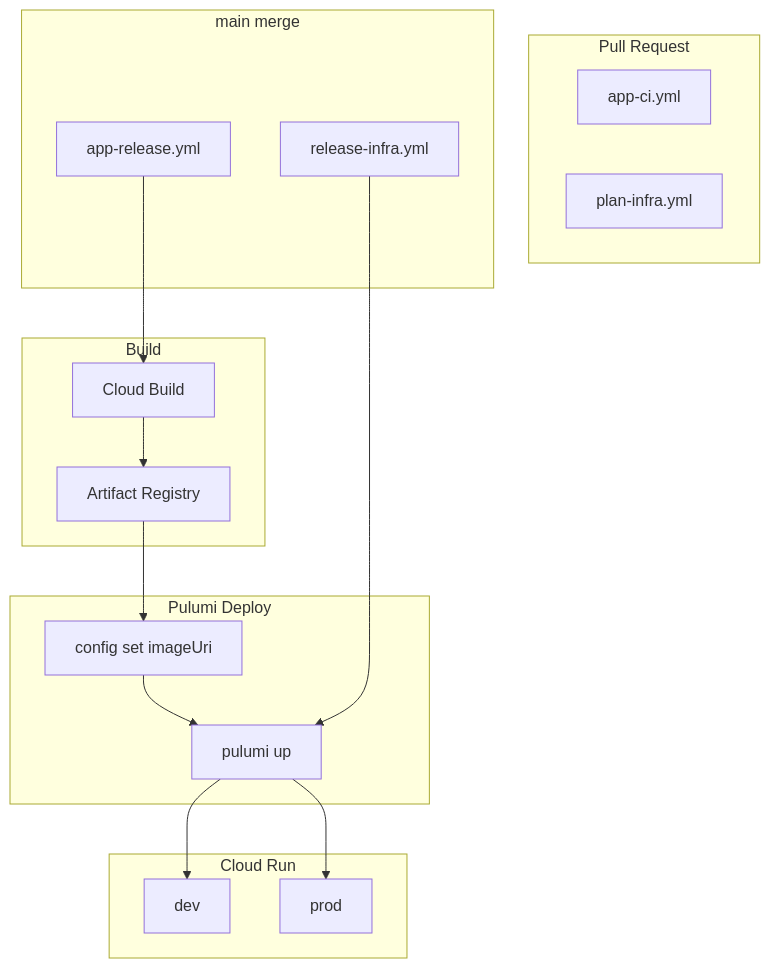
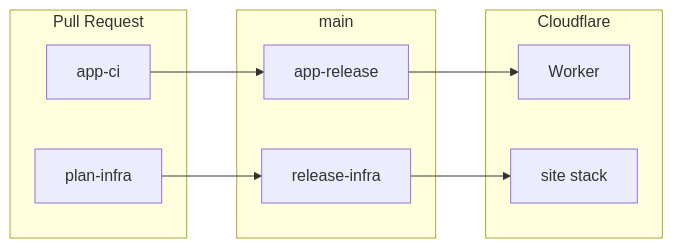
Before and after one commit to koborin-ai/site: the second of 2 diagrams in app/src/content/docs/ja/tech/koborin-ai-architecture.mdx, drawn with Mermaid. The commit also changed other lines of this file and 5 other files, not shown here.

Commit message:
Document Workers hosting and drop the Cloud Run runbook.

````diff
--- a/app/src/content/docs/ja/tech/koborin-ai-architecture.mdx
+++ b/app/src/content/docs/ja/tech/koborin-ai-architecture.mdx
@@ -341,36 +211,22 @@
 ```mermaid
-flowchart TB
+flowchart LR
     subgraph PR["Pull Request"]
-        appCI["app-ci.yml"]
-        planInfra["plan-infra.yml"]
+        appCI["app-ci"]
+        planInfra["plan-infra"]
     end
-    
-    subgraph Merge["main merge"]
-        appRelease["app-release.yml"]
-        releaseInfra["release-infra.yml"]
+
+    subgraph Main["main"]
+        appRelease["app-release"]
+        releaseInfra["release-infra"]
     end
-    
-    subgraph Build["Build"]
-        cloudBuild["Cloud Build"]
-        artifactRegistry["Artifact Registry"]
+
+    subgraph Edge["Cloudflare"]
+        worker["Worker"]
+        siteStack["site stack"]
     end
-    
-    subgraph Deploy["Pulumi Deploy"]
-        configImageUri["config set imageUri"]
-        pulumiUp["pulumi up"]
-    end
-    
-    subgraph CloudRun["Cloud Run"]
-        devService["dev"]
-        prodService["prod"]
-    end
-    
-    appRelease --> cloudBuild
-    cloudBuild --> artifactRegistry
-    artifactRegistry --> configImageUri
-    configImageUri --> pulumiUp
-    pulumiUp --> devService
-    pulumiUp --> prodService
-    
-    releaseInfra --> pulumiUp
+
+    appCI --> appRelease
+    appRelease --> worker
+    planInfra --> releaseInfra
+    releaseInfra --> siteStack
 ```
````
